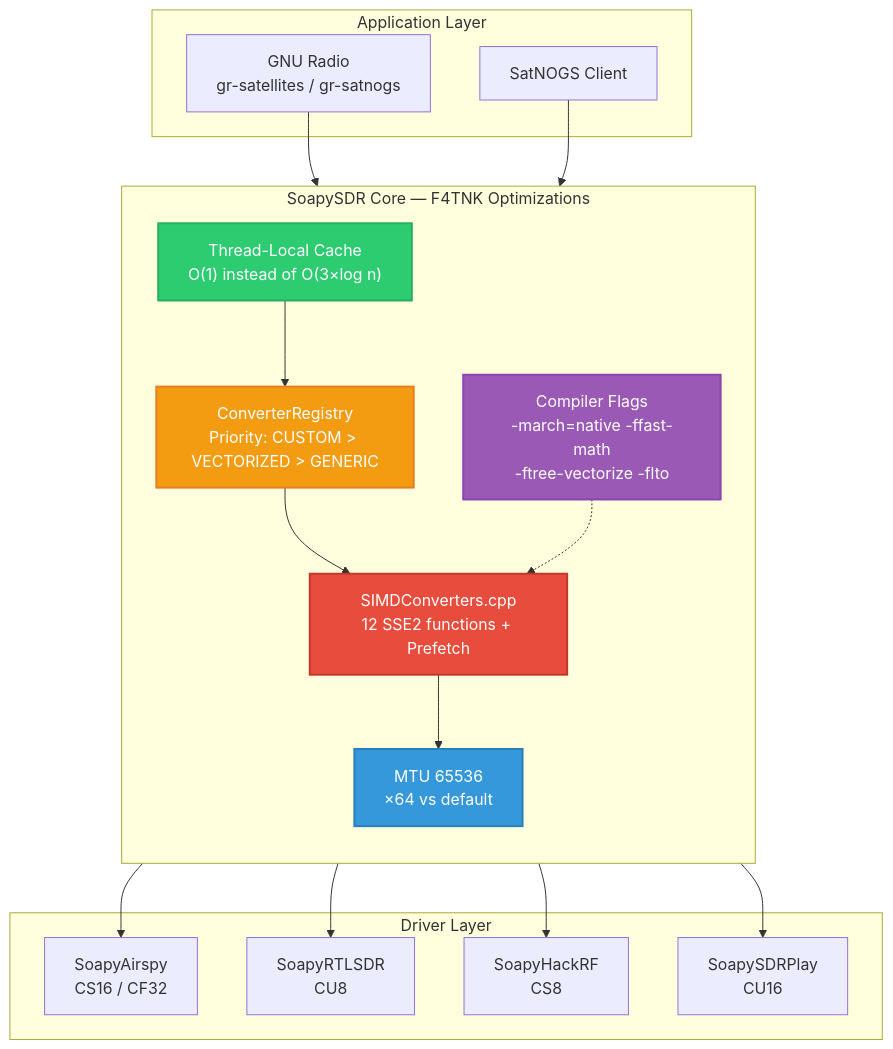
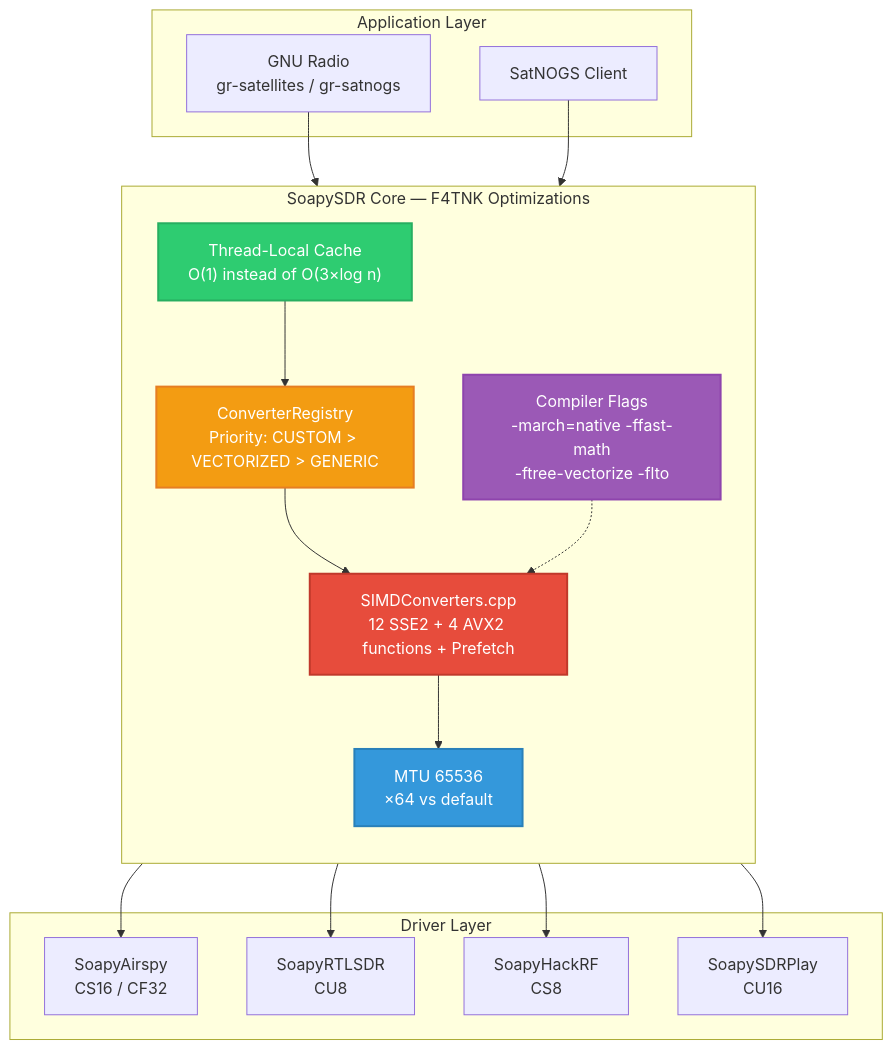
Before and after one commit to f4tnk/SoapySDR: the first of 6 diagrams in OPTIMIZATIONS-F4TNK.md, drawn with Mermaid. The commit also changed other lines of this file and 1 other file, not shown here.

First line of the commit message:
feat: AVX2 256-bit wide loops for 4 hot-path converters (mods 20-23)

````diff
--- a/OPTIMIZATIONS-F4TNK.md
+++ b/OPTIMIZATIONS-F4TNK.md
@@ -22,40 +22,40 @@
 ```mermaid
 graph TB
     subgraph "Application Layer"
         GR["GNU Radio<br/>gr-satellites / gr-satnogs"]
         APP["SatNOGS Client"]
     end
 
     subgraph "SoapySDR Core — F4TNK Optimizations"
         direction TB
         CACHE["Thread-Local Cache<br/>O(1) instead of O(3×log n)"]
         REG["ConverterRegistry<br/>Priority: CUSTOM > VECTORIZED > GENERIC"]
-        SIMD["SIMDConverters.cpp<br/>12 SSE2 functions + Prefetch"]
+        SIMD["SIMDConverters.cpp<br/>12 SSE2 + 4 AVX2 functions + Prefetch"]
         MTU["MTU 65536<br/>×64 vs default"]
         FLAGS["Compiler Flags<br/>-march=native -ffast-math<br/>-ftree-vectorize -flto"]
     end
 
     subgraph "Driver Layer"
         AIR["SoapyAirspy<br/>CS16 / CF32"]
         RTL["SoapyRTLSDR<br/>CU8"]
         HACK["SoapyHackRF<br/>CS8"]
         PLAY["SoapySDRPlay<br/>CU16"]
     end
 
     GR --> CACHE
     APP --> CACHE
     CACHE --> REG
     REG --> SIMD
     SIMD --> MTU
     MTU --> AIR
     MTU --> RTL
     MTU --> HACK
     MTU --> PLAY
     FLAGS -.-> SIMD
 
     style SIMD fill:#e74c3c,color:#fff,stroke:#c0392b,stroke-width:2px
     style CACHE fill:#2ecc71,color:#fff,stroke:#27ae60,stroke-width:2px
     style MTU fill:#3498db,color:#fff,stroke:#2980b9,stroke-width:2px
     style FLAGS fill:#9b59b6,color:#fff,stroke:#8e44ad,stroke-width:2px
     style REG fill:#f39c12,color:#fff,stroke:#e67e22,stroke-width:2px
 ```
````
